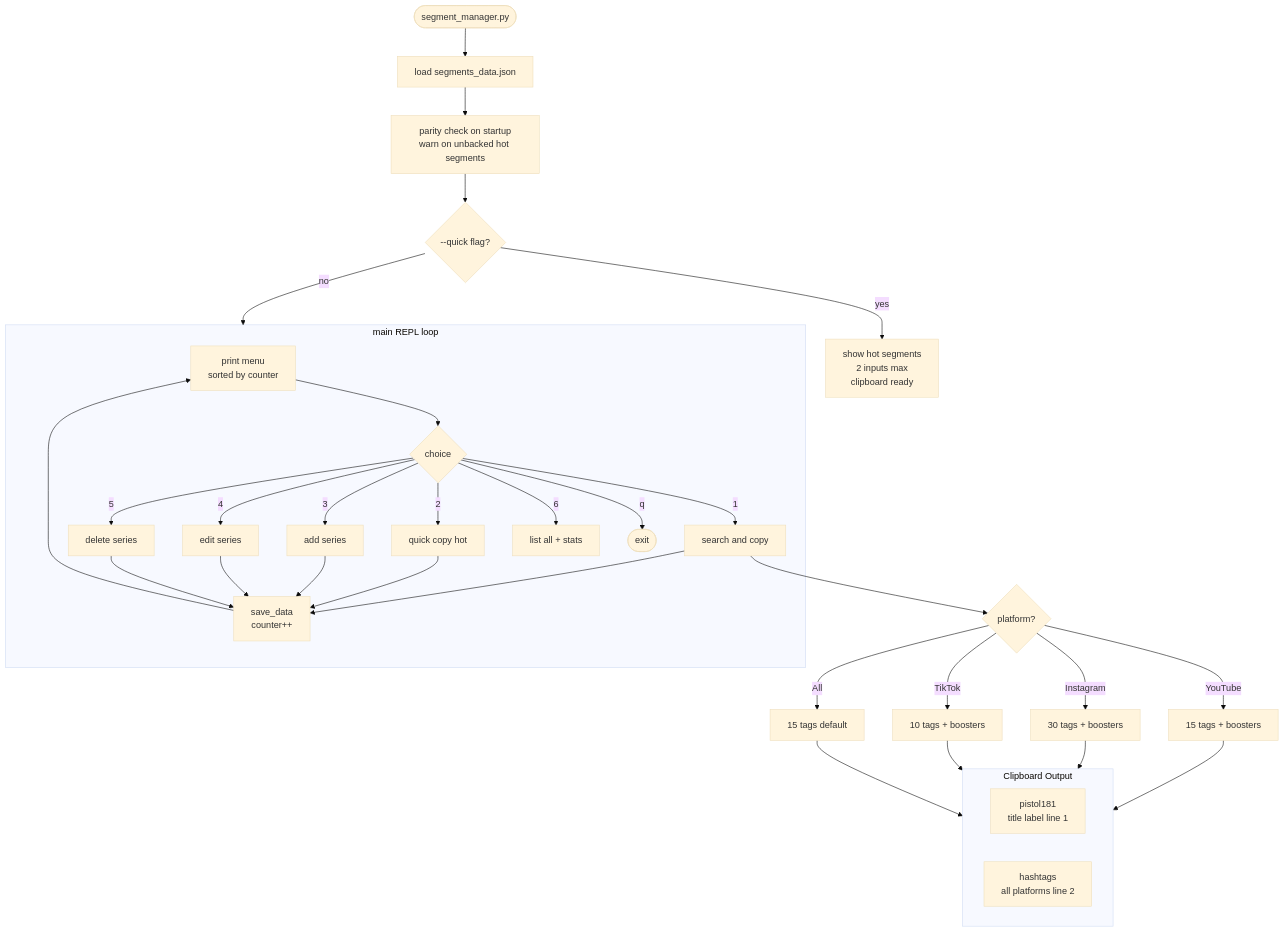
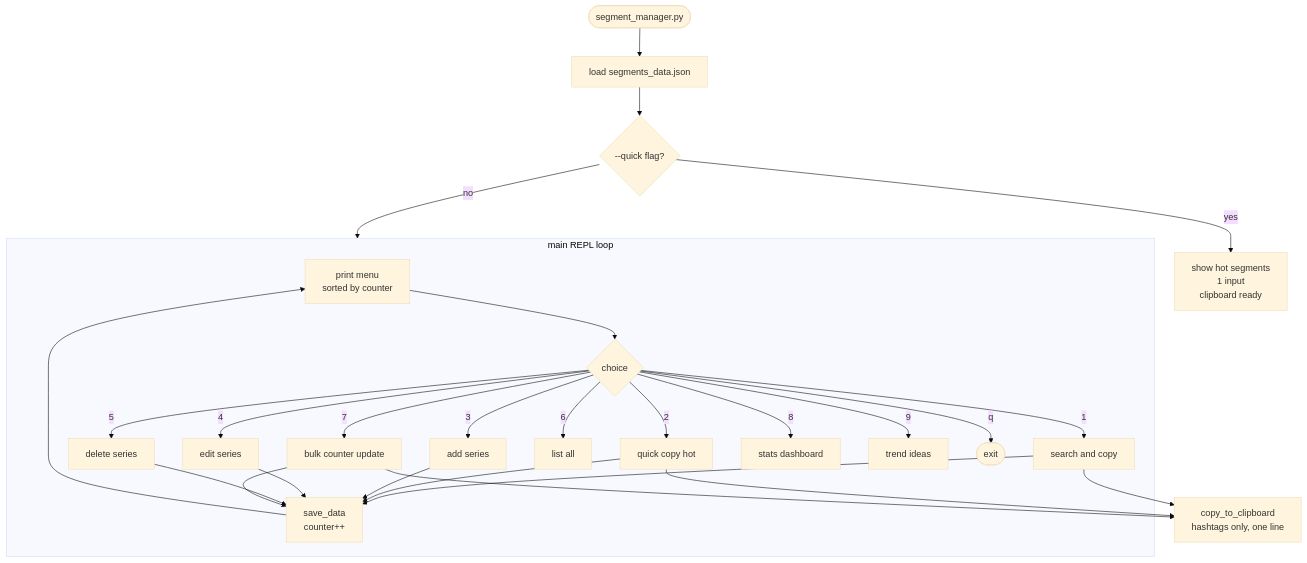
The seventh of 13 diagrams in README.md (SamuelDixxon/termux-backup), drawn with Mermaid (base theme) before and after one commit. The commit also changed other lines of this file, not shown here.

````diff
--- a/README.md
+++ b/README.md
@@ -272,40 +453,30 @@
 ```mermaid
 flowchart TD
     LAUNCH2([segment_manager.py]) --> LOAD[load segments_data.json]
-    LOAD --> PCHECK[parity check on startup
-warn on unbacked hot segments]
-    PCHECK --> QMODE{--quick flag?}
+    LOAD --> QMODE{--quick flag?}
     QMODE -->|yes| QUICK[show hot segments
-2 inputs max
+1 input
 clipboard ready]
     QMODE -->|no| MENU
 
     subgraph MENU [main REPL loop]
         M0[print menu
 sorted by counter] --> INPUT{choice}
         INPUT -->|1| SEARCH[search and copy]
         INPUT -->|2| QUICK2[quick copy hot]
         INPUT -->|3| ADD[add series]
         INPUT -->|4| EDIT[edit series]
         INPUT -->|5| DELETE[delete series]
-        INPUT -->|6| LIST[list all + stats]
+        INPUT -->|6| LIST[list all]
+        INPUT -->|7| BULK[bulk counter update]
+        INPUT -->|8| STATS[stats dashboard]
+        INPUT -->|9| TREND[trend ideas]
         INPUT -->|q| QUIT([exit])
-        SEARCH & QUICK2 & ADD & EDIT & DELETE --> SAVE[save_data
+        SEARCH & QUICK2 & ADD & EDIT & DELETE & BULK --> SAVE[save_data
 counter++]
         SAVE --> M0
     end
 
-    subgraph CLIP [Clipboard Output]
-        CL1[pistol181
-title label line 1]
-        CL2[hashtags
-all platforms line 2]
-    end
-
-    SEARCH --> PLAT{platform?}
-    PLAT -->|YouTube| YT[15 tags + boosters]
-    PLAT -->|Instagram| IG[30 tags + boosters]
-    PLAT -->|TikTok| TT[10 tags + boosters]
-    PLAT -->|All| ALL2[15 tags default]
-    YT & IG & TT & ALL2 --> CLIP
+    SEARCH & QUICK2 & BULK --> COPY[copy_to_clipboard
+hashtags only, one line]
 ```
````
